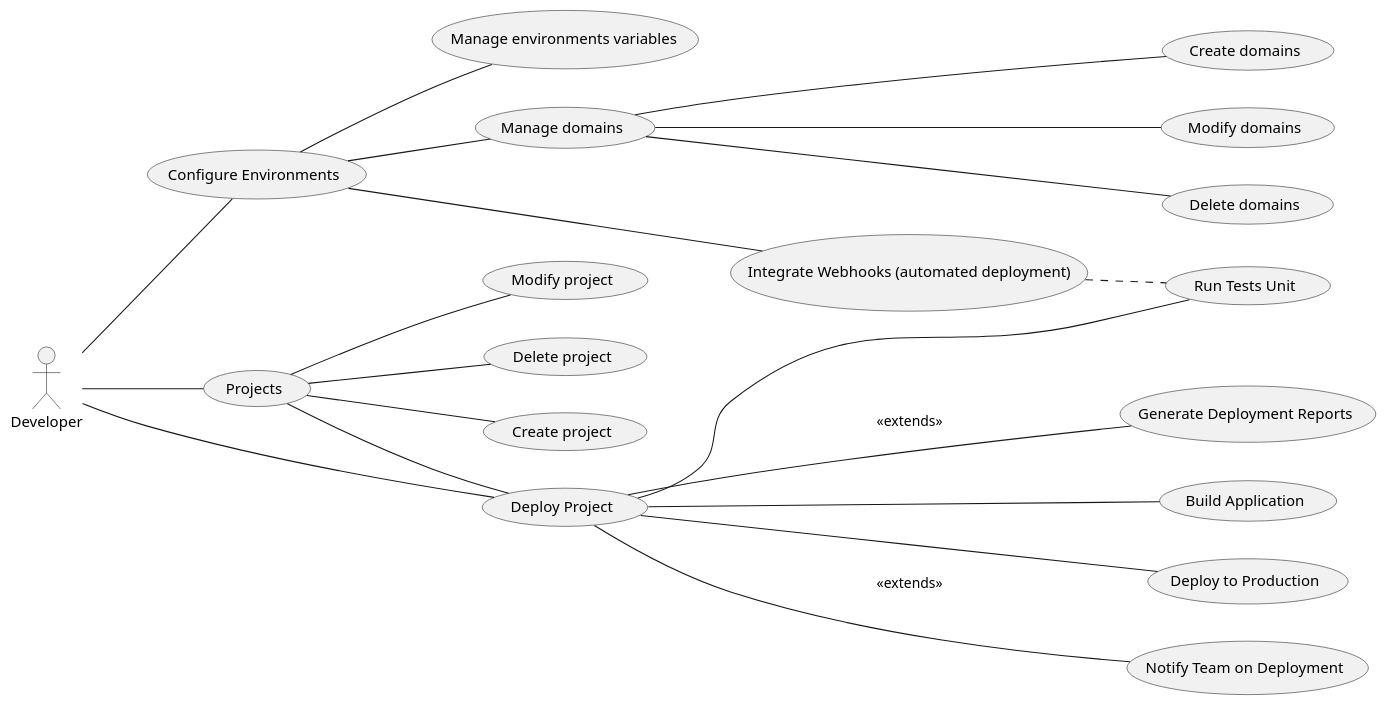
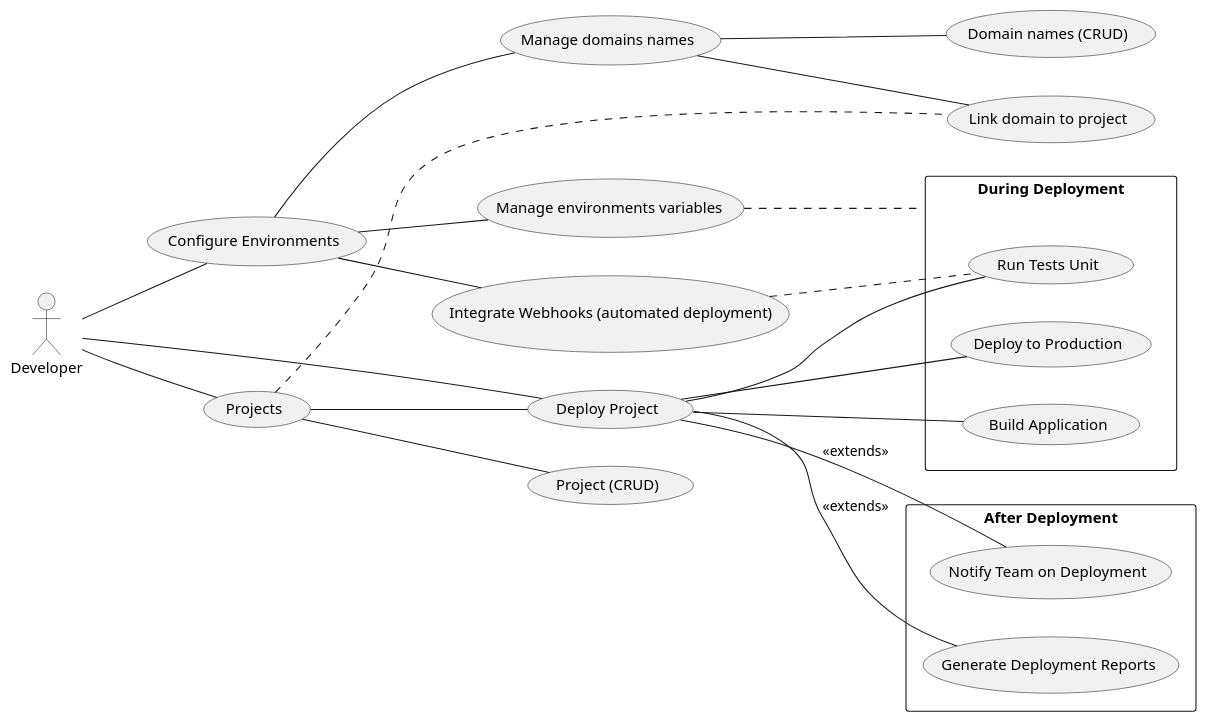
One commit to Cyclops789/solicode-project-file-rouge changed the diagram in Analyse/use-case-diagram.plantuml. Above: the diagram before and after it, drawn with PlantUML.

```diff
--- a/Analyse/use-case-diagram.plantuml
+++ b/Analyse/use-case-diagram.plantuml
@@ -1,57 +1,57 @@
 @startuml "Deployment app"
 
 left to right direction
 
 actor "Developer" as User
 
 usecase "Deploy Project" as Deploy
 usecase "Projects" as Projects
 
 usecase "Configure Environments" as Configuration
 
-usecase "Run Tests Unit" as TestsUnit
-usecase "Build Application" as BuildApplication
-usecase "Deploy to Production" as DeployProduction
+rectangle "During Deployment" {
+    usecase "Run Tests Unit" as TestsUnit
+    usecase "Build Application" as BuildApplication
+    usecase "Deploy to Production" as DeployProduction
+}
 
-usecase "Create project" as CreateProject
-usecase "Modify project" as ModifyProject
-usecase "Delete project" as DeleteProject
+usecase "Project (CRUD)" as ProjectCRUD
 
-usecase "Create domains" as CreateDomain
-usecase "Modify domains" as ModifyDomain
-usecase "Delete domains" as DeleteDomain
+usecase "Domain names (CRUD)" as DomainsCRUD
+usecase "Link domain to project" as DomainProject
 
 usecase "Manage environments variables" as ManageEnvVariables
-usecase "Manage domains" as ManageDomains
+usecase "Manage domains names" as ManageDomains
 usecase "Integrate Webhooks (automated deployment)" as IntegrateWebHooks
-usecase "Notify Team on Deployment" as NotifyTeam
-usecase "Generate Deployment Reports" as DeploymentReports
 
+rectangle "After Deployment" {
+    usecase "Notify Team on Deployment" as NotifyTeam
+    usecase "Generate Deployment Reports" as DeploymentReports
+}
 User -- Deploy
 User -- Configuration
 User -- Projects
 
 Projects -- Deploy
-
-Projects -- CreateProject
-Projects -- ModifyProject
-Projects -- DeleteProject
+Projects -- ProjectCRUD
+Projects . DomainProject
 
 Configuration -- ManageEnvVariables
 Configuration -- ManageDomains
 Configuration -- IntegrateWebHooks
 
-ManageDomains -- CreateDomain
-ManageDomains -- ModifyDomain
-ManageDomains -- DeleteDomain
+ManageEnvVariables . "During Deployment"
+
+ManageDomains -- DomainsCRUD
+ManageDomains -- DomainProject
 
 IntegrateWebHooks . TestsUnit
 
 Deploy -- TestsUnit
 Deploy -- BuildApplication
 Deploy -- DeployProduction
 
 Deploy -- DeploymentReports : <<extends>>
 Deploy -- NotifyTeam : <<extends>>
 
 @enduml
```
